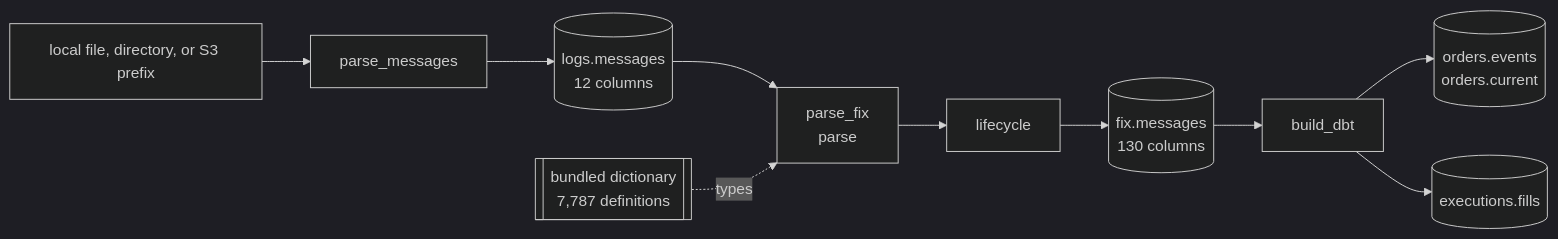
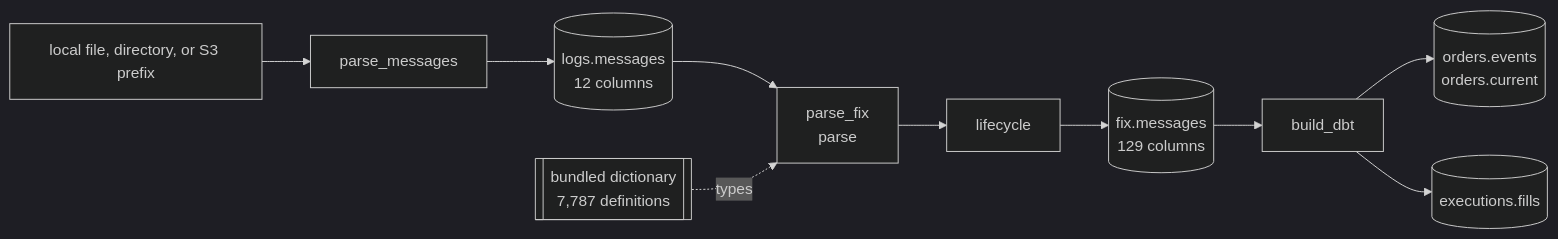
One commit to Platob/yggfin changed the diagram in docs/pipeline/index.md. Above: the diagram before and after it, drawn with Mermaid (dark theme). The commit also changed 12 other files, not shown here.

````diff
--- a/docs/pipeline/index.md
+++ b/docs/pipeline/index.md
@@ -6,12 +6,12 @@
 ```mermaid
 flowchart LR
     U["local file, directory, or S3 prefix"] --> T["parse_messages"]
     T --> M[("logs.messages<br/>12 columns")]
     M --> F["parse_fix<br/>parse"]
     R[["bundled dictionary<br/>7,787 definitions"]] -.types.-> F
     F --> L["lifecycle"]
-    L --> X[("fix.messages<br/>130 columns")]
+    L --> X[("fix.messages<br/>129 columns")]
     X --> B["build_dbt"]
     B --> O[("orders.events<br/>orders.current")]
     B --> C[("executions.fills")]
 ```
````
